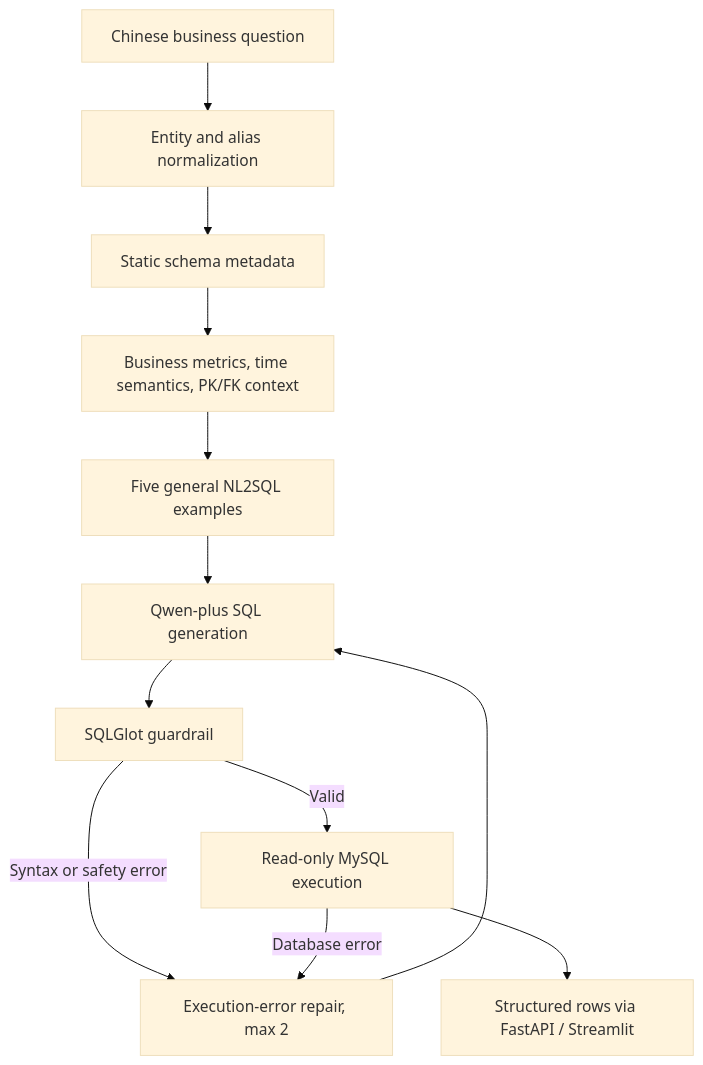
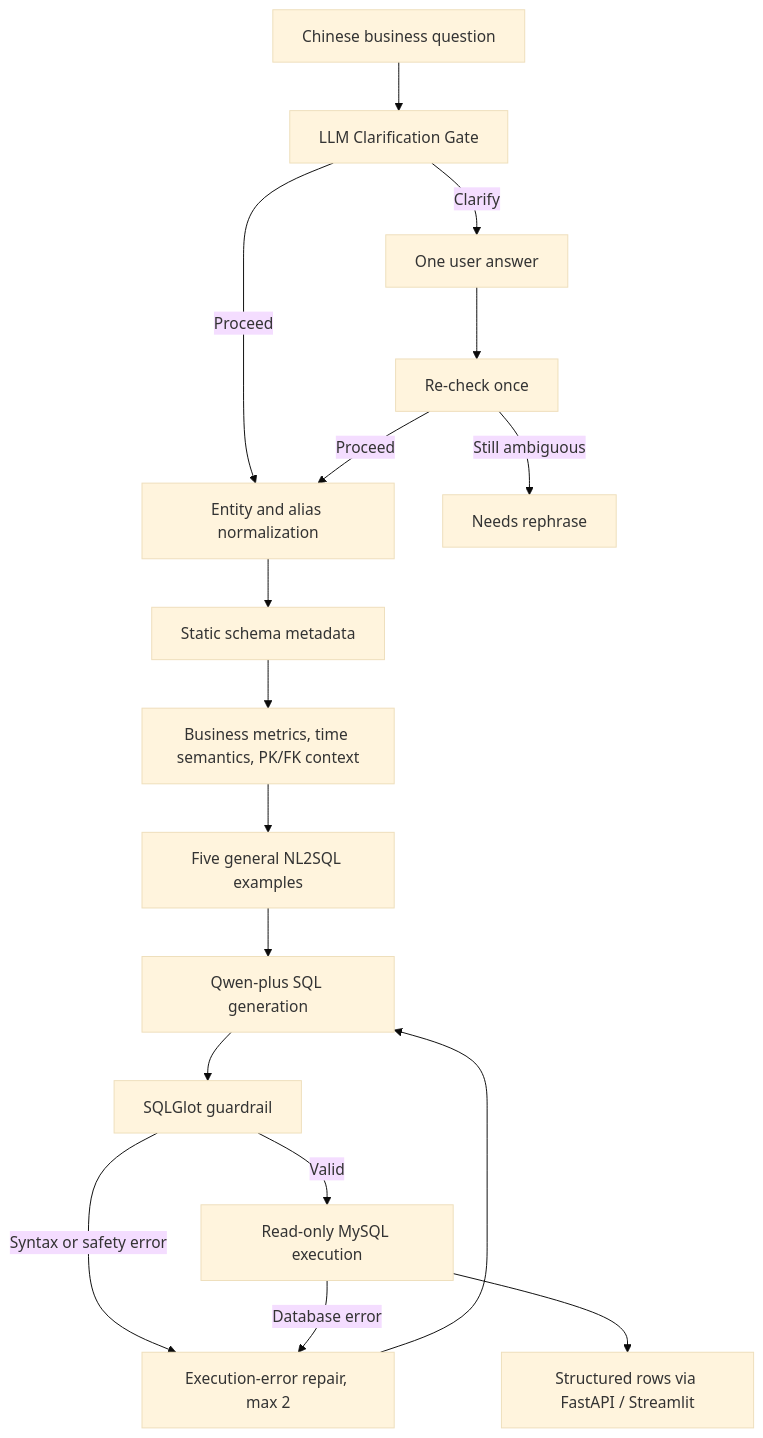
Before and after one commit to jinxi0407/agentic-data-analyst: the diagram in README.md, drawn with Mermaid (base theme). The commit also changed other lines of this file and 13 other files, not shown here.

````diff
--- a/README.md
+++ b/README.md
@@ -28,14 +31,19 @@
 ```mermaid
 flowchart TD
-    Q[Chinese business question] --> N[Entity and alias normalization]
+    Q[Chinese business question] --> CG[LLM Clarification Gate]
+    CG -->|Proceed| N[Entity and alias normalization]
+    CG -->|Clarify| U[One user answer]
+    U --> RC[Re-check once]
+    RC -->|Proceed| N
+    RC -->|Still ambiguous| NR[Needs rephrase]
     N --> C[Static schema metadata]
     C --> S[Business metrics, time semantics, PK/FK context]
     S --> F[Five general NL2SQL examples]
     F --> L[Qwen-plus SQL generation]
     L --> G[SQLGlot guardrail]
     G -->|Valid| D[Read-only MySQL execution]
     G -->|Syntax or safety error| R[Execution-error repair, max 2]
     D -->|Database error| R
     R --> L
     D --> O[Structured rows via FastAPI / Streamlit]
 ```
````
